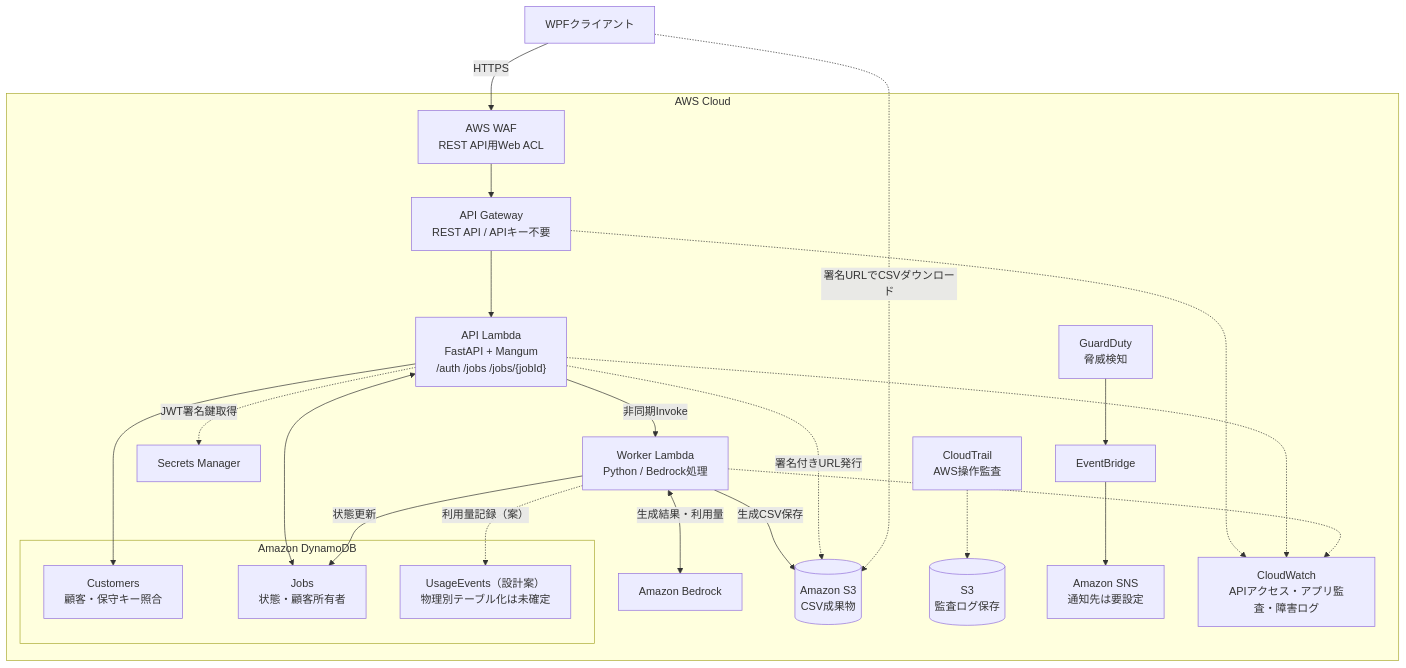
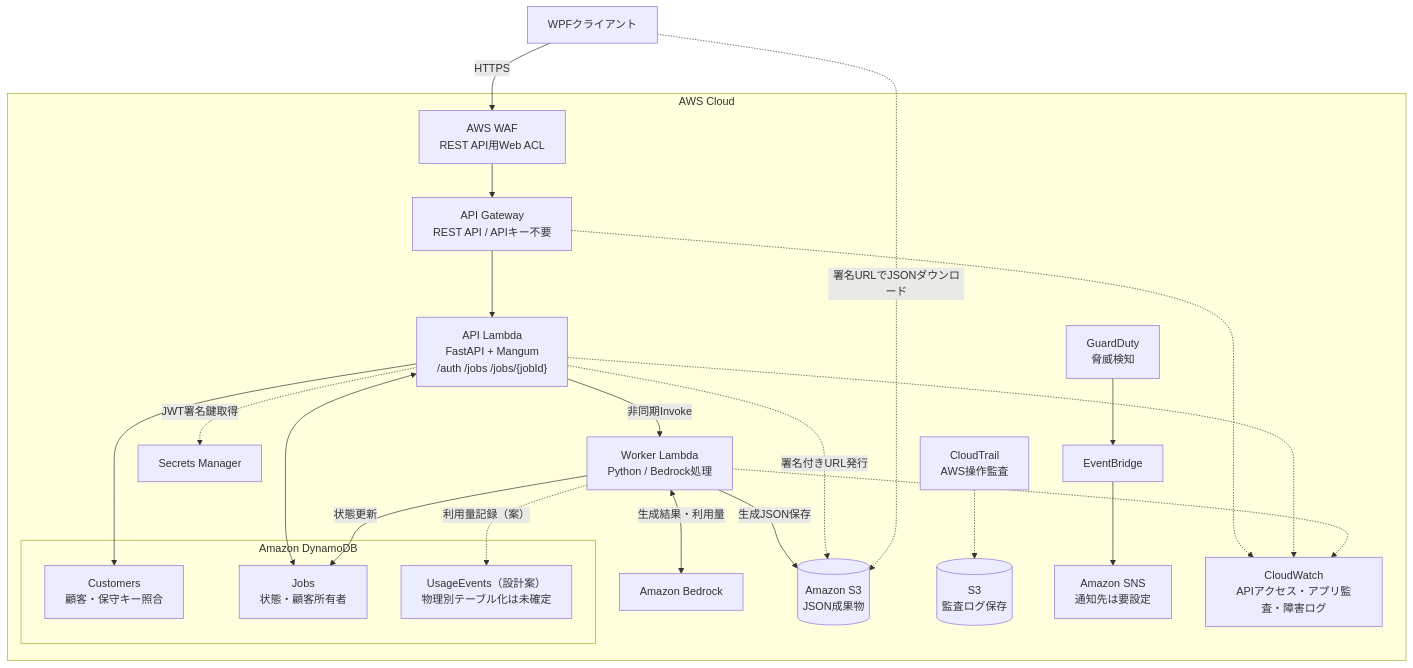
The diagram in docs/architecture.md (knmo000-tech/awsMemo), drawn with Mermaid before and after one commit. The commit also changed other lines of this file, not shown here.

Commit message:
docs: change generated artifact from CSV to JSON, preserve async S3 flow

````diff
--- a/docs/architecture.md
+++ b/docs/architecture.md
@@ -18,30 +20,30 @@
 ```mermaid
 flowchart TD
     C["WPFクライアント"] -->|"HTTPS"| WF["AWS WAF<br/>REST API用Web ACL"]
     subgraph AWS["AWS Cloud"]
       WF --> GW["API Gateway<br/>REST API / APIキー不要"]
       GW --> A["API Lambda<br/>FastAPI + Mangum<br/>/auth /jobs /jobs/{jobId}"]
       A -->|"非同期Invoke"| W["Worker Lambda<br/>Python / Bedrock処理"]
       W <-->|"生成結果・利用量"| B["Amazon Bedrock"]
       subgraph DDB["Amazon DynamoDB"]
         CU["Customers<br/>顧客・保守キー照合"]
         J["Jobs<br/>状態・顧客所有者"]
         U["UsageEvents（設計案）<br/>物理別テーブル化は未確定"]
       end
       A --> CU
       A <--> J
       W -->|"状態更新"| J
       W -.->|"利用量記録（案）"| U
-      W -->|"生成CSV保存"| S[("Amazon S3<br/>CSV成果物")]
+      W -->|"生成JSON保存"| S[("Amazon S3<br/>JSON成果物")]
       A -.->|"署名付きURL発行"| S
       A -.->|"JWT署名鍵取得"| SM["Secrets Manager"]
       CT["CloudTrail<br/>AWS操作監査"] -.-> AUDIT[("S3<br/>監査ログ保存")]
       GD["GuardDuty<br/>脅威検知"] --> EV["EventBridge"]
       EV --> SNS["Amazon SNS<br/>通知先は要設定"]
       LOG["CloudWatch<br/>APIアクセス・アプリ監査・障害ログ"]
       GW -.-> LOG
       A -.-> LOG
       W -.-> LOG
     end
-    C -.->|"署名URLでCSVダウンロード"| S
+    C -.->|"署名URLでJSONダウンロード"| S
 ```
````
